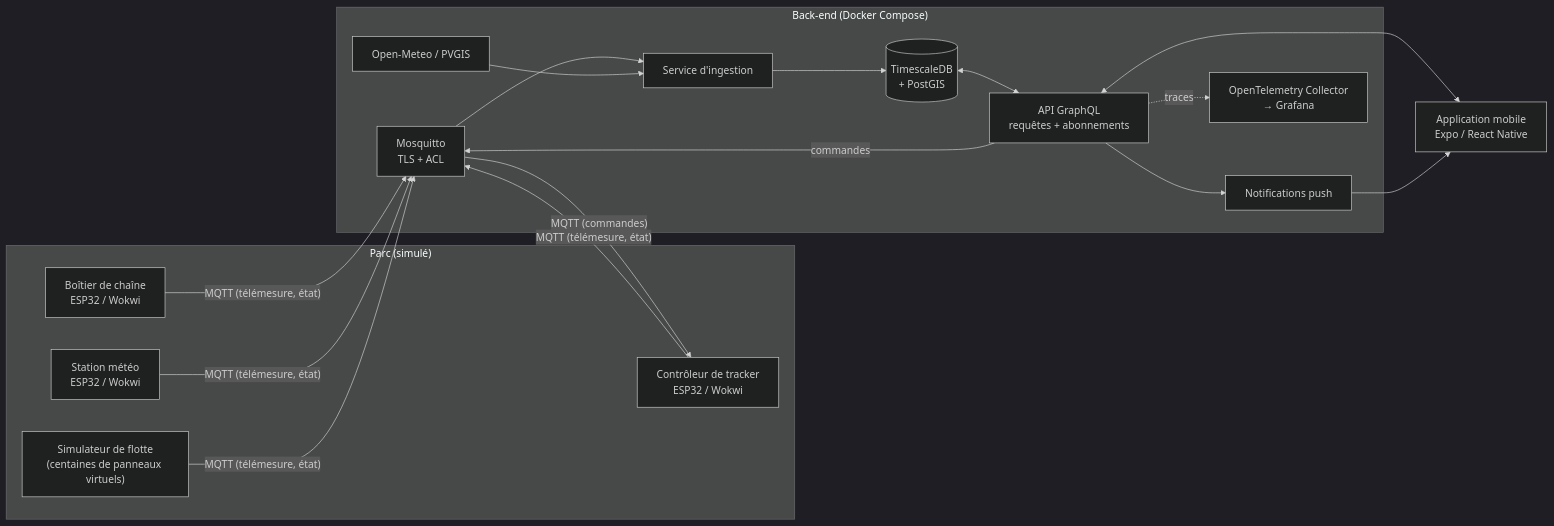
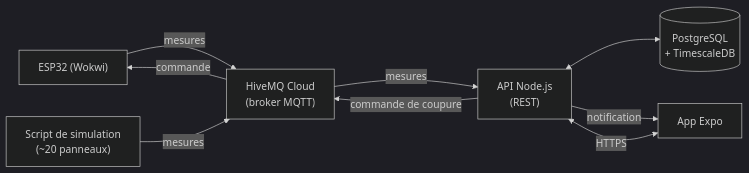
Before and after one commit to SamuelLnds/proj-app-mobile-co: the diagram in docs/etude-faisabilite-parc-solaire.md, drawn with Mermaid (dark theme). The commit also changed other lines of this file, not shown here.

````diff
--- a/docs/etude-faisabilite-parc-solaire.md
+++ b/docs/etude-faisabilite-parc-solaire.md
@@ -142,31 +76,11 @@
 ```mermaid
 flowchart LR
-  subgraph Parc["Parc (simulé)"]
-    S1["Boîtier de chaîne<br/>ESP32 / Wokwi"]
-    S2["Station météo<br/>ESP32 / Wokwi"]
-    S3["Contrôleur de tracker<br/>ESP32 / Wokwi"]
-    SIM["Simulateur de flotte<br/>(centaines de panneaux virtuels)"]
-  end
-
-  subgraph Cloud["Back-end (Docker Compose)"]
-    B["Mosquitto<br/>TLS + ACL"]
-    I["Service d'ingestion"]
-    DB[("TimescaleDB<br/>+ PostGIS")]
-    API["API GraphQL<br/>requêtes + abonnements"]
-    PUSH["Notifications push"]
-    EXT["Open-Meteo / PVGIS"]
-    OBS["OpenTelemetry Collector<br/>→ Grafana"]
-  end
-
-  APP["Application mobile<br/>Expo / React Native"]
-
-  S1 & S2 & S3 & SIM -- "MQTT (télémesure, état)" --> B
-  B -- "MQTT (commandes)" --> S3
-  B --> I --> DB
-  EXT --> I
-  DB <--> API
-  API -- "commandes" --> B
-  API <--> APP
-  API --> PUSH --> APP
-  API -. traces .-> OBS
+  ESP["ESP32 (Wokwi)"] -- "mesures" --> B["HiveMQ Cloud<br/>(broker MQTT)"]
+  SIM["Script de simulation<br/>(~20 panneaux)"] -- "mesures" --> B
+  B -- "mesures" --> API["API Node.js<br/>(REST)"]
+  API -- "commande de coupure" --> B
+  B -- "commande" --> ESP
+  API <--> DB[("PostgreSQL<br/>+ TimescaleDB")]
+  APP["App Expo"] <-- "HTTPS" --> API
+  API -- "notification" --> APP
 ```
````
